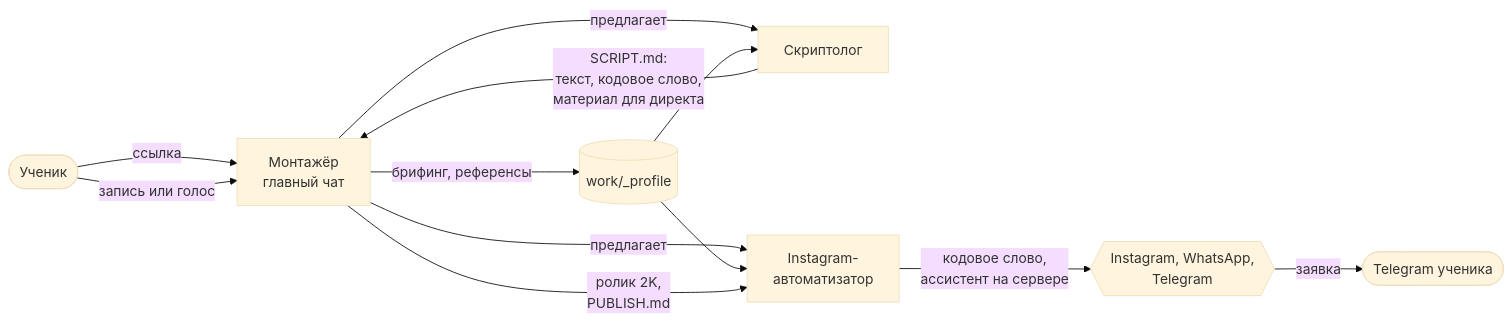
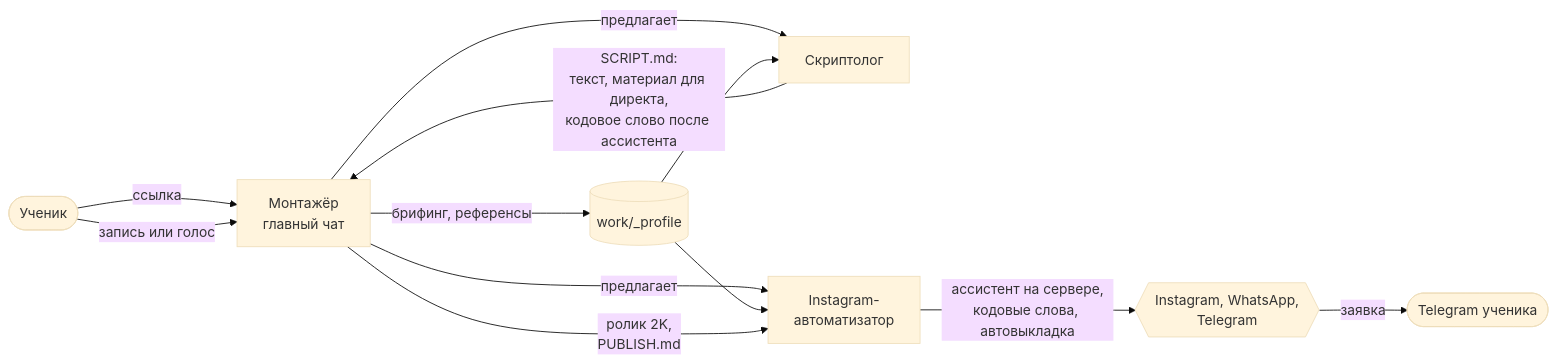
Before and after one commit to saint4ai/reels-montage-remotion-course: the diagram in docs/SCENARIO.md, drawn with Mermaid (base theme). The commit also changed other lines of this file and 101 other files, not shown here.

````diff
--- a/docs/SCENARIO.md
+++ b/docs/SCENARIO.md
@@ -8,14 +8,14 @@
 ```mermaid
 flowchart LR
   U([Ученик]) -- ссылка --> M[Монтажёр<br/>главный чат]
   M -- брифинг, референсы --> P[(work/_profile)]
   M -- предлагает --> S[Скриптолог]
   M -- предлагает --> A[Instagram-<br/>автоматизатор]
   P --> S
   P --> A
-  S -- SCRIPT.md:<br/>текст, кодовое слово,<br/>материал для директа --> M
+  S -- SCRIPT.md:<br/>текст, материал для директа,<br/>кодовое слово после ассистента --> M
   U -- запись или голос --> M
   M -- ролик 2K,<br/>PUBLISH.md --> A
-  A -- кодовое слово,<br/>ассистент на сервере --> IG{{Instagram, WhatsApp,<br/>Telegram}}
+  A -- ассистент на сервере,<br/>кодовые слова, автовыкладка --> IG{{Instagram, WhatsApp,<br/>Telegram}}
   IG -- заявка --> TG([Telegram ученика])
 ```
````
